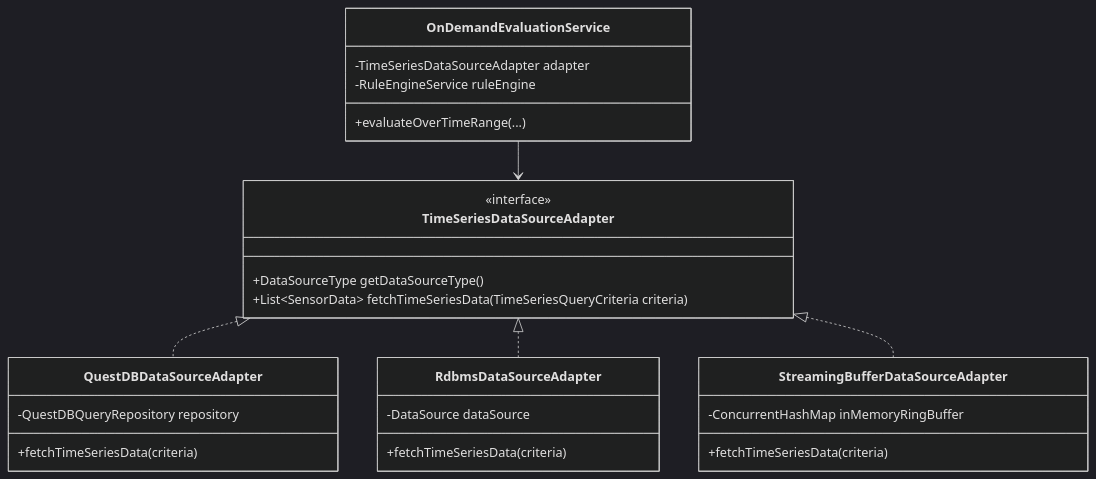
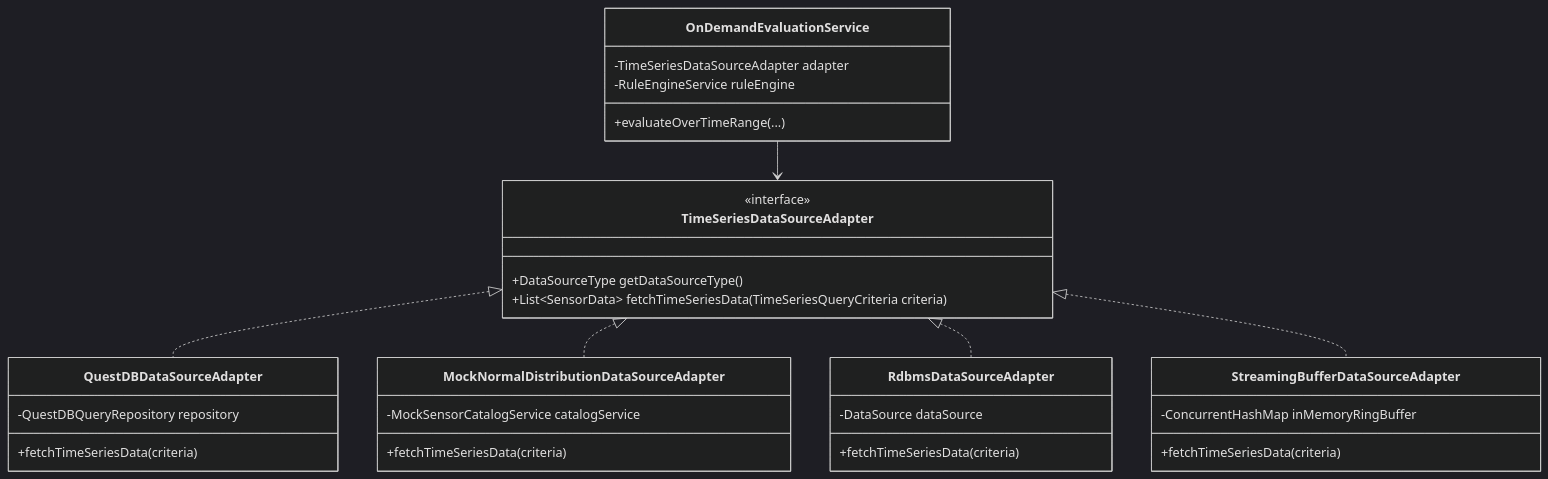
The third of 3 diagrams in README.md (imoil/formula-evaluator-service), drawn with Mermaid (dark theme) before and after one commit. The commit also changed other lines of this file and 1 other file, not shown here.

Commit message:
docs: add frontend UI architectural guide and update README with sensor catalog REST APIs

````diff
--- a/README.md
+++ b/README.md
@@ -124,34 +135,40 @@
 ```mermaid
 classDiagram
     class TimeSeriesDataSourceAdapter {
         <<interface>>
         +DataSourceType getDataSourceType()
         +List~SensorData~ fetchTimeSeriesData(TimeSeriesQueryCriteria criteria)
     }
 
     class QuestDBDataSourceAdapter {
         -QuestDBQueryRepository repository
+        +fetchTimeSeriesData(criteria)
+    }
+
+    class MockNormalDistributionDataSourceAdapter {
+        -MockSensorCatalogService catalogService
         +fetchTimeSeriesData(criteria)
     }
 
     class RdbmsDataSourceAdapter {
         -DataSource dataSource
         +fetchTimeSeriesData(criteria)
     }
 
     class StreamingBufferDataSourceAdapter {
         -ConcurrentHashMap inMemoryRingBuffer
         +fetchTimeSeriesData(criteria)
     }
 
     class OnDemandEvaluationService {
         -TimeSeriesDataSourceAdapter adapter
         -RuleEngineService ruleEngine
         +evaluateOverTimeRange(...)
     }
 
     TimeSeriesDataSourceAdapter <|.. QuestDBDataSourceAdapter
+    TimeSeriesDataSourceAdapter <|.. MockNormalDistributionDataSourceAdapter
     TimeSeriesDataSourceAdapter <|.. RdbmsDataSourceAdapter
     TimeSeriesDataSourceAdapter <|.. StreamingBufferDataSourceAdapter
     OnDemandEvaluationService --> TimeSeriesDataSourceAdapter
 ```
````
